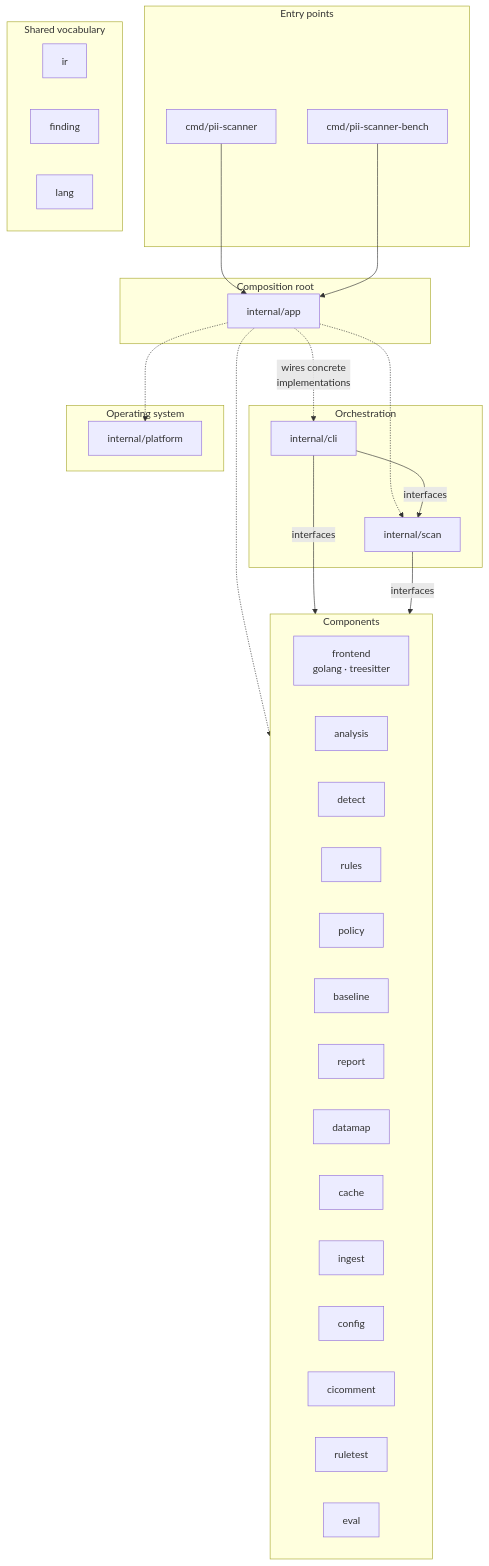
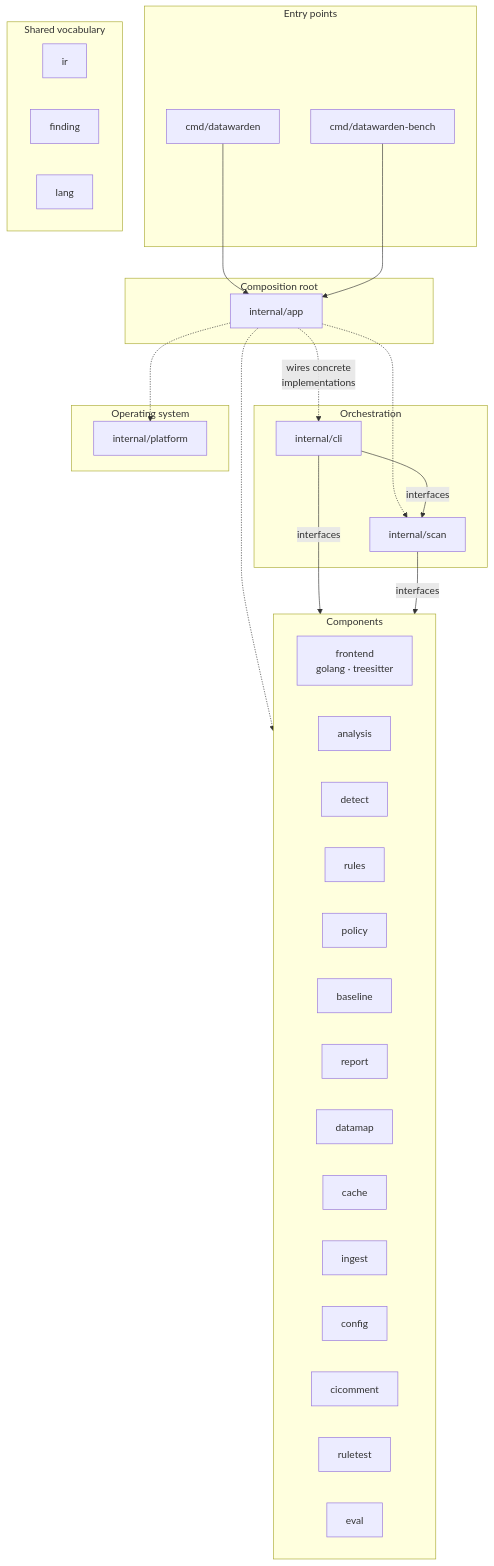
Before and after one commit to GoNetTools/datawarden: the second of 4 diagrams in docs/ARCHITECTURE.md, drawn with Mermaid. The commit also changed other lines of this file and 120 other files, not shown here.

````diff
--- a/docs/ARCHITECTURE.md
+++ b/docs/ARCHITECTURE.md
@@ -62,48 +62,48 @@
 ```mermaid
 flowchart TB
     subgraph ENTRY ["Entry points"]
-        CMDP["cmd/pii-scanner"]
-        BENCH["cmd/pii-scanner-bench"]
+        CMDP["cmd/datawarden"]
+        BENCH["cmd/datawarden-bench"]
     end
     subgraph ROOT ["Composition root"]
         APP["internal/app"]
     end
     subgraph ORCH ["Orchestration"]
         CLI["internal/cli"]
         SCAN["internal/scan"]
     end
     subgraph COMP ["Components"]
         FRONT["frontend<br/>golang · treesitter"]
         ANALYSIS["analysis"]
         DETECT["detect"]
         RULES["rules"]
         POL["policy"]
         BASEL["baseline"]
         REP["report"]
         DMAP["datamap"]
         CACHEP["cache"]
         INGEST["ingest"]
         CONF["config"]
         CICOM["cicomment"]
         RTEST["ruletest"]
         EVAL["eval"]
     end
     subgraph OS ["Operating system"]
         PLAT["internal/platform"]
     end
     subgraph VOCAB ["Shared vocabulary"]
         IR["ir"]
         FIND["finding"]
         LANG["lang"]
     end
 
     CMDP --> APP
     BENCH --> APP
     APP -. "wires concrete<br/>implementations" .-> CLI
     APP -.-> SCAN
     APP -.-> COMP
     APP -.-> PLAT
     CLI -- interfaces --> SCAN
     CLI -- interfaces --> COMP
     SCAN -- interfaces --> COMP
 ```
````
